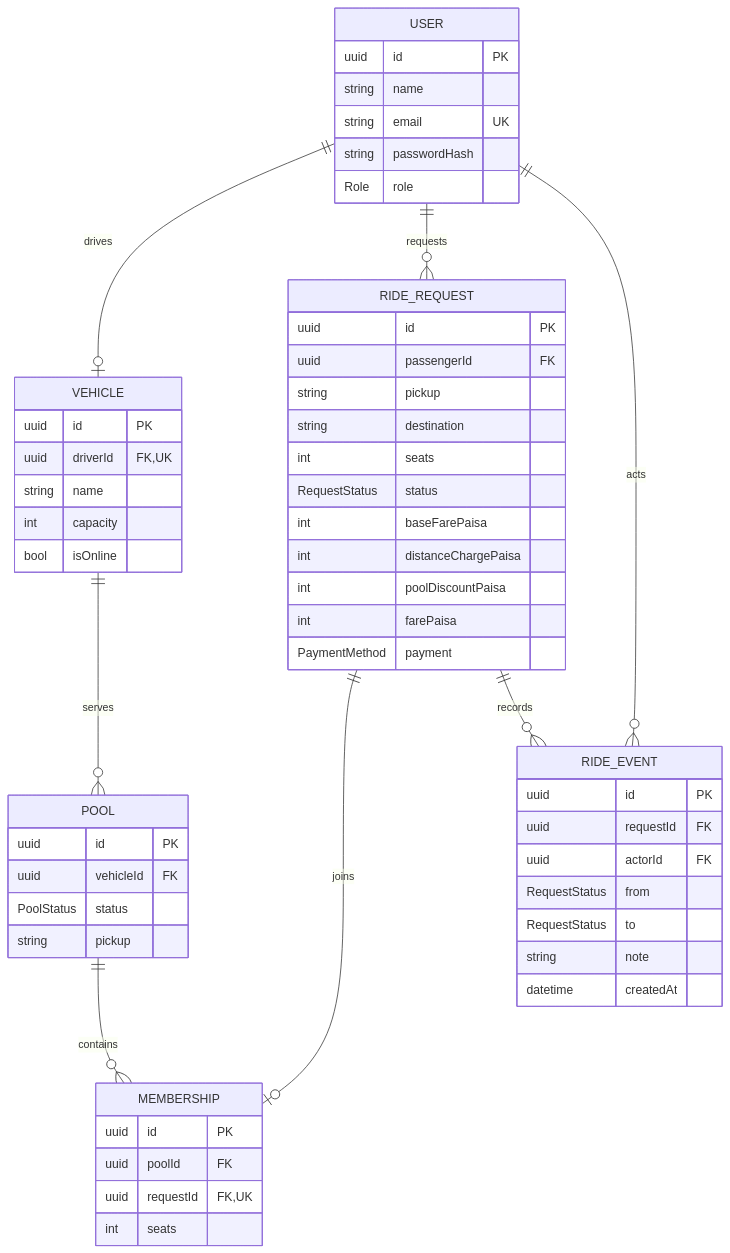
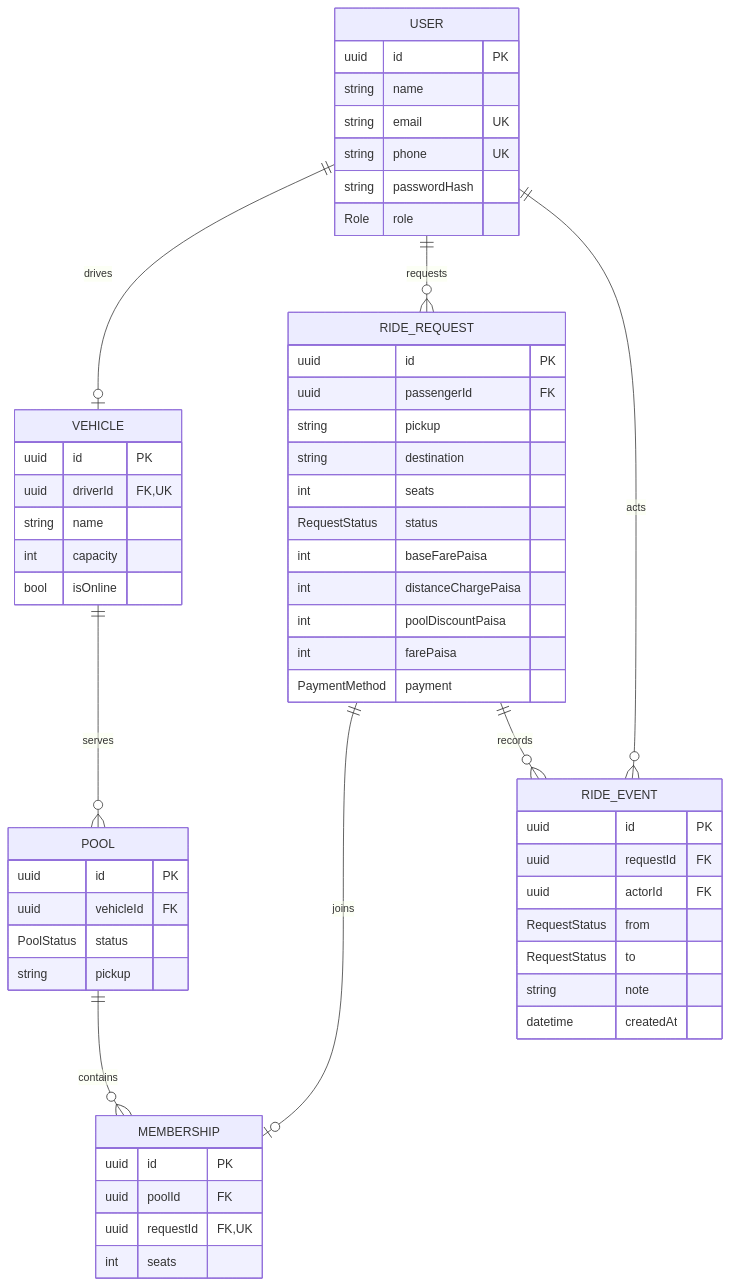
One commit to Dipta04/DhakaTesla changed the second of 2 diagrams in docs/diagrams.md. Above: the diagram before and after it, drawn with Mermaid. The commit also changed 16 other files, not shown here.

````diff
--- a/docs/diagrams.md
+++ b/docs/diagrams.md
@@ -21,58 +21,59 @@
 ```mermaid
 erDiagram
   USER ||--o| VEHICLE : drives
   USER ||--o{ RIDE_REQUEST : requests
   USER ||--o{ RIDE_EVENT : acts
   VEHICLE ||--o{ POOL : serves
   POOL ||--o{ MEMBERSHIP : contains
   RIDE_REQUEST ||--o| MEMBERSHIP : joins
   RIDE_REQUEST ||--o{ RIDE_EVENT : records
   USER {
     uuid id PK
     string name
     string email UK
+    string phone UK
     string passwordHash
     Role role
   }
   VEHICLE {
     uuid id PK
     uuid driverId FK,UK
     string name
     int capacity
     bool isOnline
   }
   RIDE_REQUEST {
     uuid id PK
     uuid passengerId FK
     string pickup
     string destination
     int seats
     RequestStatus status
     int baseFarePaisa
     int distanceChargePaisa
     int poolDiscountPaisa
     int farePaisa
     PaymentMethod payment
   }
   POOL {
     uuid id PK
     uuid vehicleId FK
     PoolStatus status
     string pickup
   }
   MEMBERSHIP {
     uuid id PK
     uuid poolId FK
     uuid requestId FK,UK
     int seats
   }
   RIDE_EVENT {
     uuid id PK
     uuid requestId FK
     uuid actorId FK
     RequestStatus from
     RequestStatus to
     string note
     datetime createdAt
   }
 ```
````
